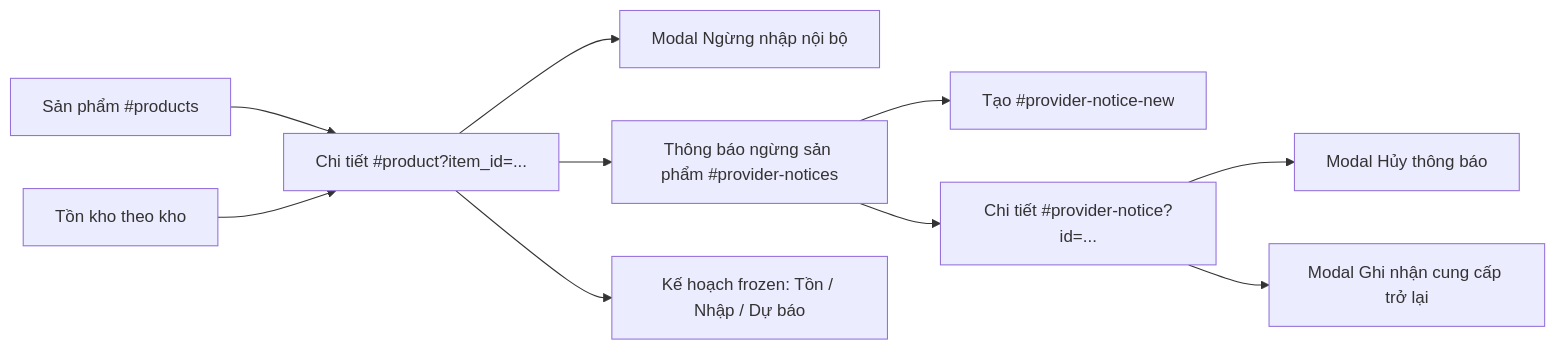
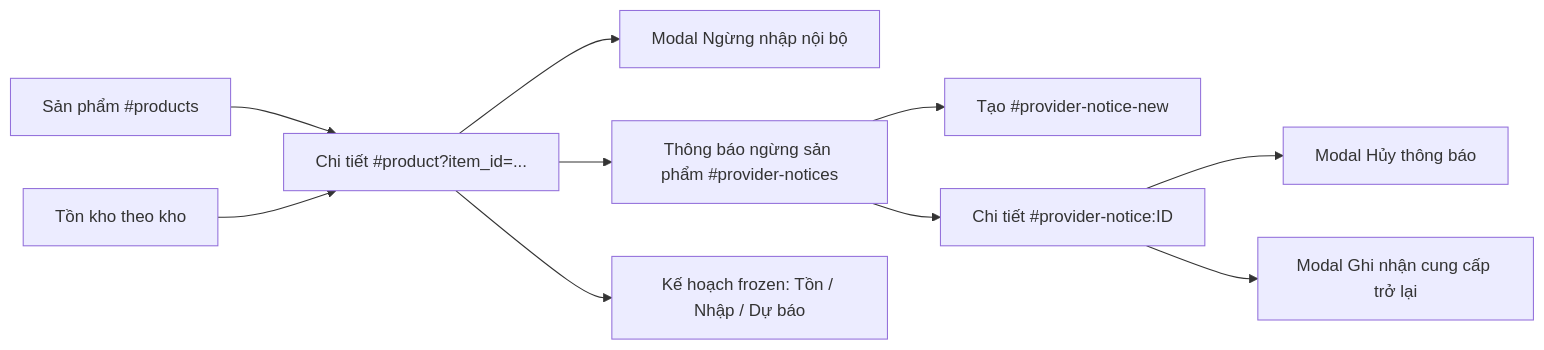
One commit to khanhnguyenpham/Sigma changed the diagram in M3/docs/04-frontend-spec.md. Above: the diagram before and after it, drawn with Mermaid. The commit also changed other lines of this file and 74 other files, not shown here.

````diff
--- a/M3/docs/04-frontend-spec.md
+++ b/M3/docs/04-frontend-spec.md
@@ -12,12 +14,12 @@
 ```mermaid
 flowchart LR
     A["Sản phẩm #products"] --> B["Chi tiết #product?item_id=..."]
     C["Tồn kho theo kho"] --> B
     B --> D["Modal Ngừng nhập nội bộ"]
     B --> E["Thông báo ngừng sản phẩm #provider-notices"]
     E --> F["Tạo #provider-notice-new"]
-    E --> G["Chi tiết #provider-notice?id=..."]
+    E --> G["Chi tiết #provider-notice:ID"]
     G --> H["Modal Hủy thông báo"]
     G --> I["Modal Ghi nhận cung cấp trở lại"]
     B --> J["Kế hoạch frozen: Tồn / Nhập / Dự báo"]
 ```
````
